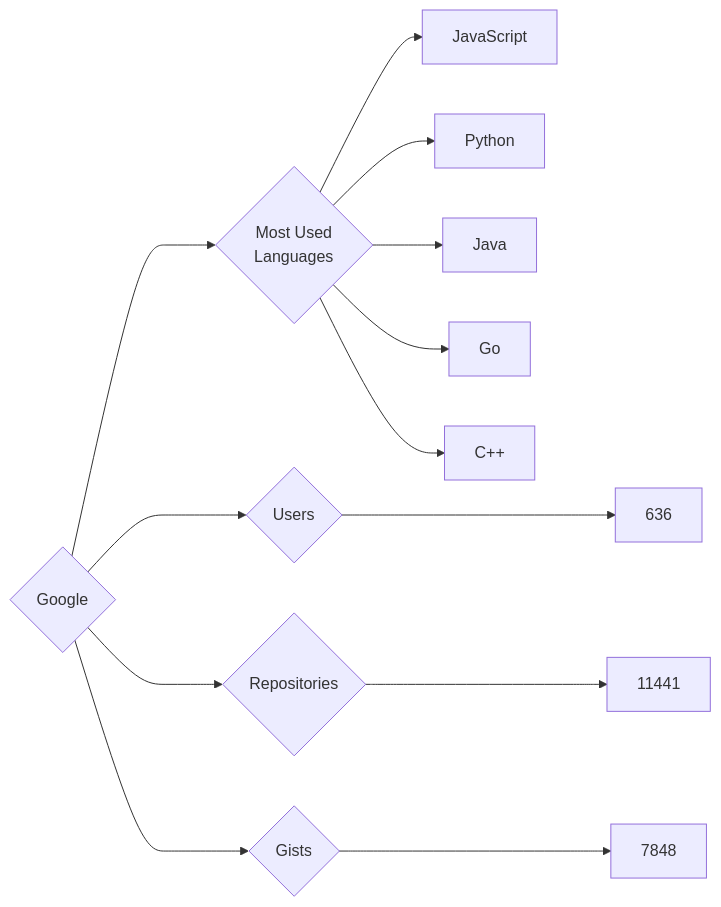
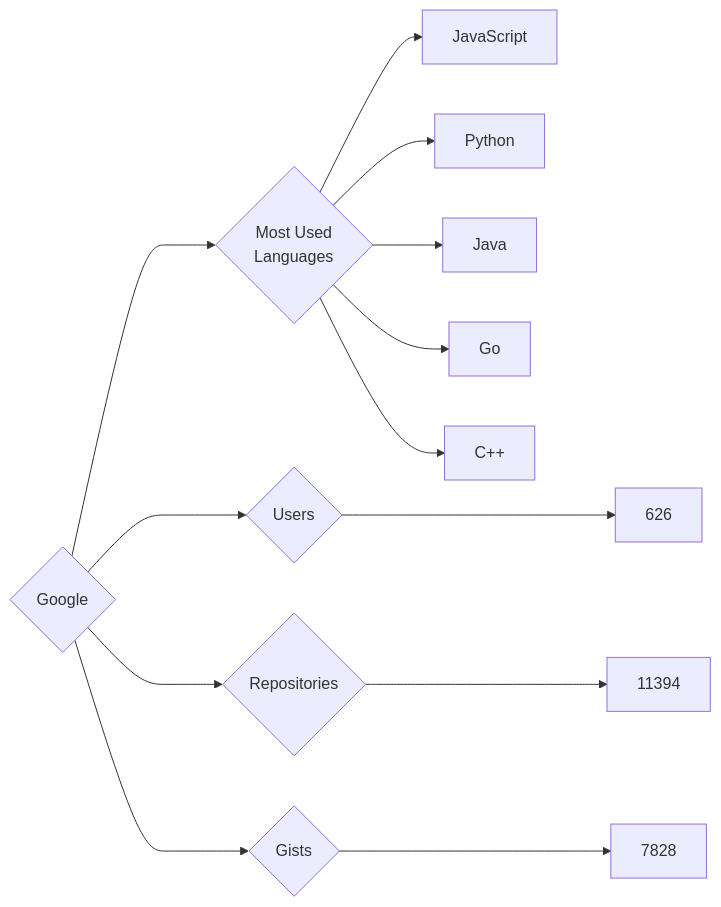
The diagram in targets/Google/README.md (trickest/insiders), drawn with Mermaid before and after one commit. The commit also changed 718 other files, not shown here.

````diff
--- a/targets/Google/README.md
+++ b/targets/Google/README.md
@@ -3,13 +3,13 @@
 ```mermaid
 graph LR
 COMPANY_NAME{Google}
-COMPANY_NAME ---> U{Users} ---> UN[636]
-COMPANY_NAME ---> R{Repositories} ---> RN[11441]
-COMPANY_NAME ---> G{Gists} ---> GN[7848]
+COMPANY_NAME ---> U{Users} ---> UN[626]
+COMPANY_NAME ---> R{Repositories} ---> RN[11394]
+COMPANY_NAME ---> G{Gists} ---> GN[7828]
 COMPANY_NAME ---> ML{Most Used<br>Languages}
 ML --> JavaScript[JavaScript]
 ML --> Python[Python]
 ML --> Java[Java]
 ML --> Go[Go]
 ML --> C++[C++]
 ```
````
